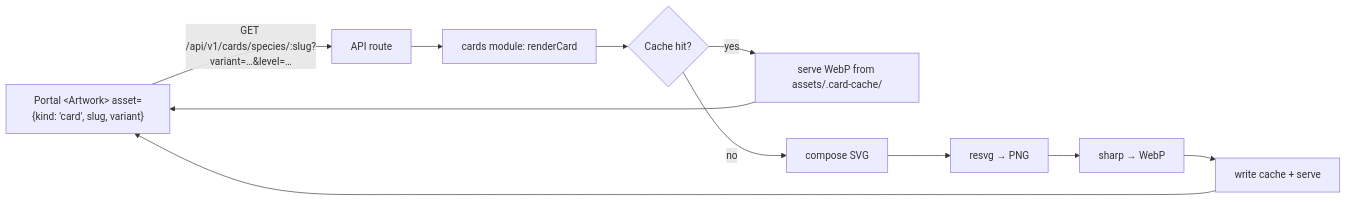
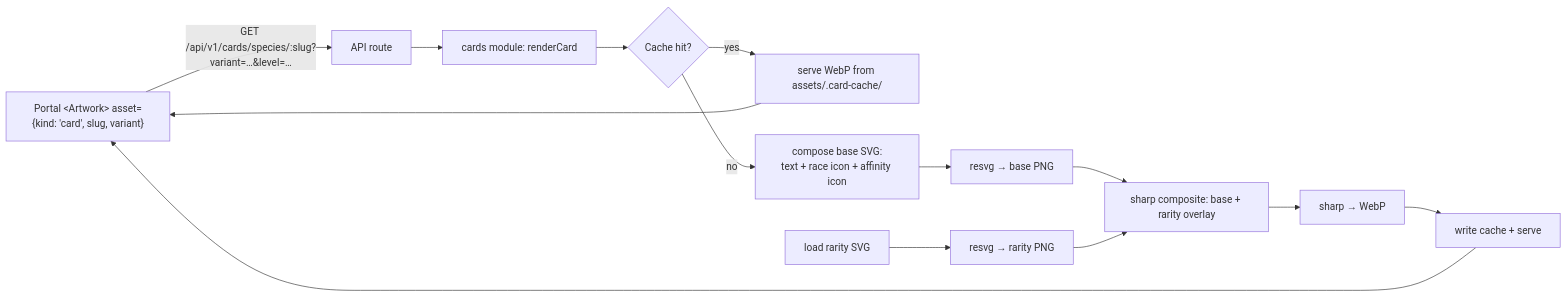
Before and after one commit to HIGsssy/WaifuMon: the diagram in .ai/SVGPlan.md, drawn with Mermaid. The commit also changed other lines of this file and 46 other files, not shown here.

First line of the commit message:
Add unit tests for card assets, cache keys, and text helpers

````diff
--- a/.ai/SVGPlan.md
+++ b/.ai/SVGPlan.md
@@ -45,13 +56,16 @@
 ```mermaid
 flowchart LR
   A["Portal &lt;Artwork&gt; asset={kind: 'card', slug, variant}"] -->|GET /api/v1/cards/species/:slug?variant=…&level=…| B[API route]
   B --> C[cards module: renderCard]
   C --> D{Cache hit?}
   D -->|yes| E[serve WebP from assets/.card-cache/]
-  D -->|no| F[compose SVG]
-  F --> G[resvg → PNG]
-  G --> H[sharp → WebP]
-  H --> I[write cache + serve]
+  D -->|no| F[compose base SVG:<br/>text + race icon + affinity icon]
+  F --> G[resvg → base PNG]
+  H[load rarity SVG] --> I[resvg → rarity PNG]
+  G --> J[sharp composite: base + rarity overlay]
+  I --> J
+  J --> K[sharp → WebP]
+  K --> L[write cache + serve]
   E --> A
-  I --> A
+  L --> A
 ```
````
